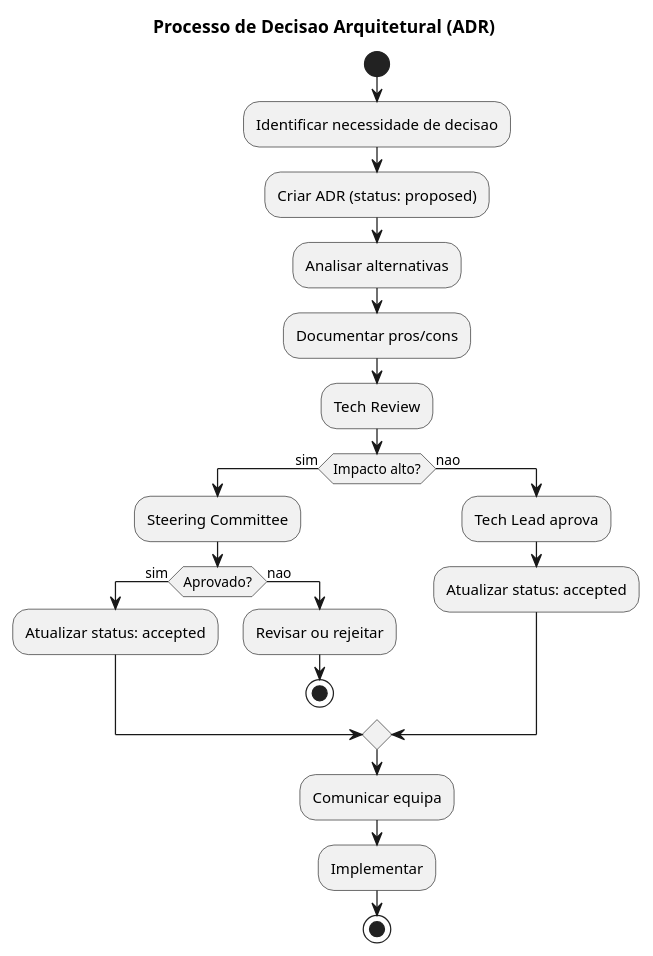
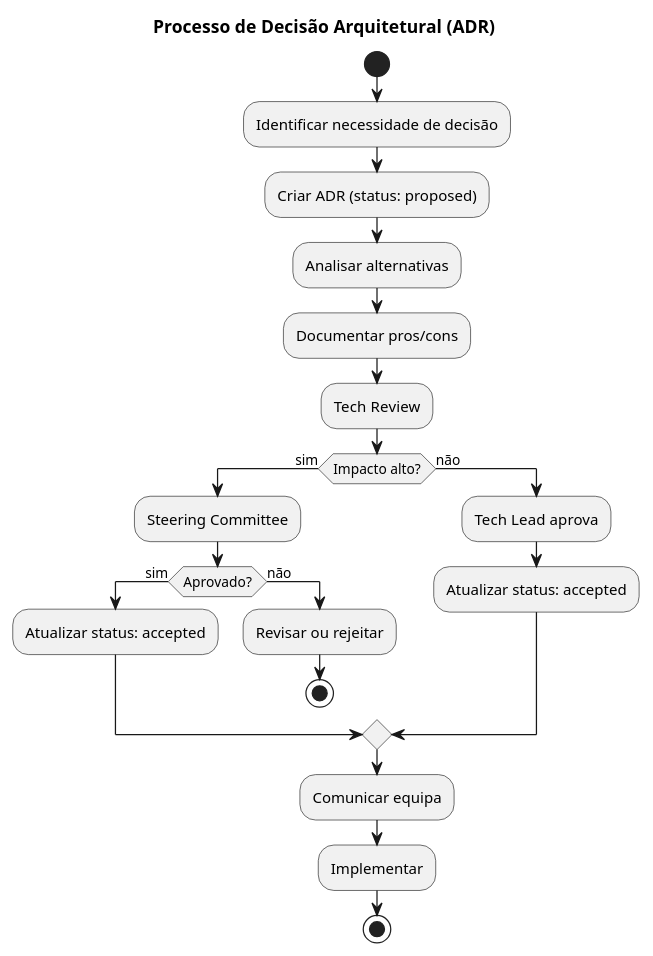
One commit to beduardo/novobanco_website_doc changed the second of 6 diagrams in current/definitions/DEF-15-governacao-roadmap.md. Above: the diagram before and after it, drawn with PlantUML. The commit also changed other lines of this file and 182 other files, not shown here.

````diff
--- a/current/definitions/DEF-15-governacao-roadmap.md
+++ b/current/definitions/DEF-15-governacao-roadmap.md
@@ -102,33 +102,33 @@
 ```plantuml
 @startuml
 skinparam backgroundColor white
 
-title Processo de Decisao Arquitetural (ADR)
+title Processo de Decisão Arquitetural (ADR)
 
 start
-:Identificar necessidade de decisao;
+:Identificar necessidade de decisão;
 :Criar ADR (status: proposed);
 
 :Analisar alternativas;
 :Documentar pros/cons;
 
 :Tech Review;
 if (Impacto alto?) then (sim)
     :Steering Committee;
     if (Aprovado?) then (sim)
         :Atualizar status: accepted;
-    else (nao)
+    else (não)
         :Revisar ou rejeitar;
         stop
     endif
-else (nao)
+else (não)
     :Tech Lead aprova;
     :Atualizar status: accepted;
 endif
 
 :Comunicar equipa;
 :Implementar;
 stop
 
 @enduml
 ```
````
